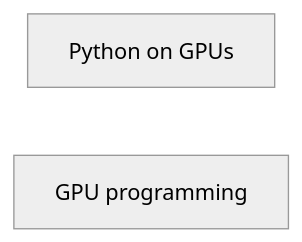
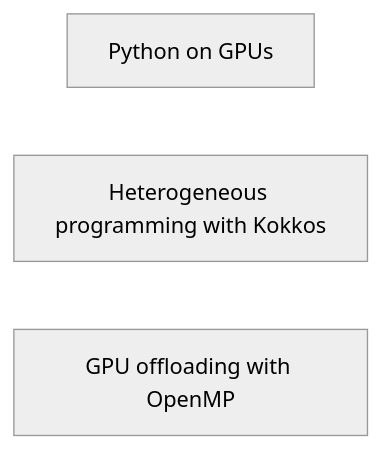
The diagram in docs/gpu_computing.md (gjbex/Training-sessions), drawn with Mermaid (neutral theme) before and after one commit. The commit also changed other lines of this file, not shown here.

Commit message:
Split GPU computing into Kokkos and OpenMP

````diff
--- a/docs/gpu_computing.md
+++ b/docs/gpu_computing.md
@@ -6,7 +5,9 @@
 ```mermaid
 graph LR
     Python_on_GPUs[Python on GPUs]
-    GPU_programming[GPU programming]
+    Heterogeneous_programming_with_Kokkos[Heterogeneous programming with Kokkos]
+    GPU_offloading_with_OpenMP[GPU offloading with OpenMP]
     click Python_on_GPUs "https://gjbex.github.io/Python-on-GPUs/" "Python on GPUs"
-    click GPU_programming "https://gjbex.github.io/GPU-programming/" "GPU programming"
+    click Heterogeneous_programming_with_Kokkos "https://gjbex.github.io/GPU-programming/" "GPU programming"
+    click GPU_offloading_with_OpenMP "https://gjbex.github.io/GPU-programming/" "GPU programming"
 ```
````
